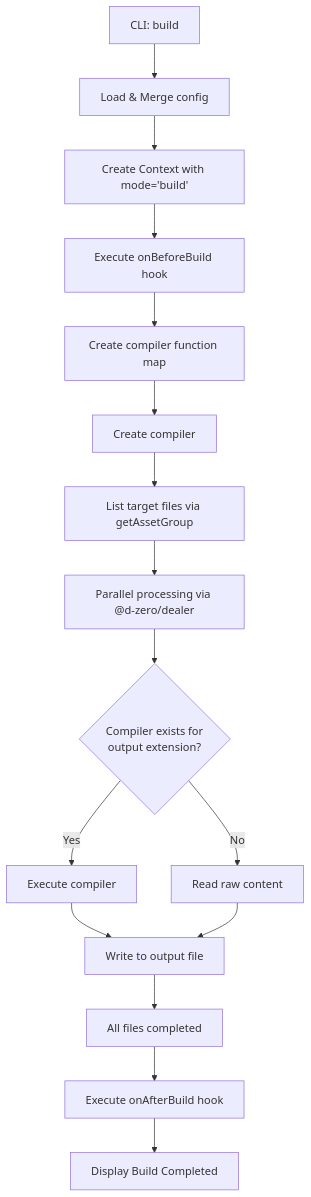
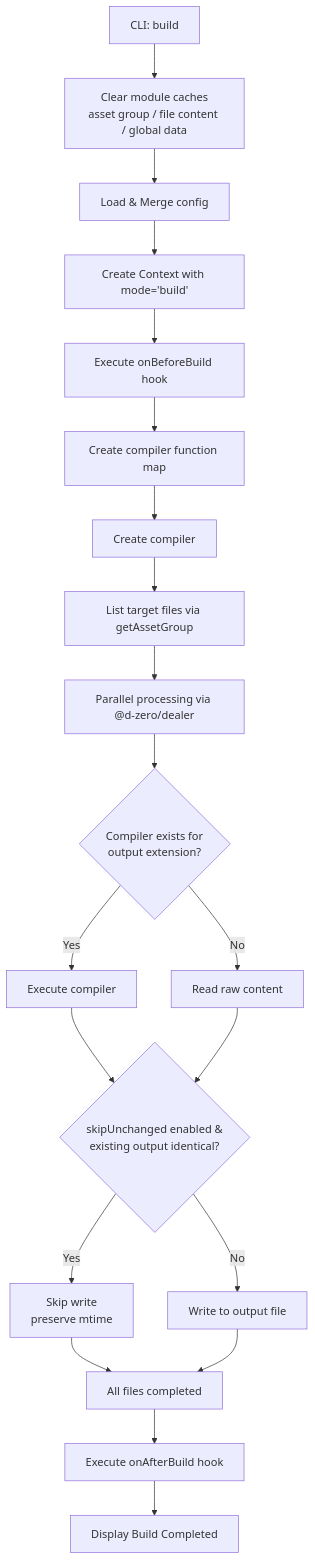
The first of 2 diagrams in packages/kamado/ARCHITECTURE.md (d-zero-dev/kamado), drawn with Mermaid before and after one commit. The commit also changed other lines of this file and 3 other files, not shown here.

First line of the commit message:
docs(kamado): document caching layers, skip-unchanged, and benchmarking

````diff
--- a/packages/kamado/ARCHITECTURE.md
+++ b/packages/kamado/ARCHITECTURE.md
@@ -173,18 +173,22 @@
 ```mermaid
 graph TD
-    A[CLI: build] --> B[Load & Merge config]
+    A[CLI: build] --> A2[Clear module caches<br>asset group / file content / global data]
+    A2 --> B[Load & Merge config]
     B --> B2[Create Context with mode='build']
     B2 --> C[Execute onBeforeBuild hook]
     C --> D[Create compiler function map]
     D --> D2[Create compiler]
     D2 --> E[List target files via getAssetGroup]
     E --> F[Parallel processing via @d-zero/dealer]
     F --> G{Compiler exists for<br>output extension?}
     G -- Yes --> H[Execute compiler]
     G -- No --> I[Read raw content]
-    H --> J[Write to output file]
+    H --> J{skipUnchanged enabled &<br>existing output identical?}
     I --> J
-    J --> K[All files completed]
+    J -- Yes --> J2[Skip write<br>preserve mtime]
+    J -- No --> J3[Write to output file]
+    J2 --> K[All files completed]
+    J3 --> K
     K --> L[Execute onAfterBuild hook]
     L --> M[Display Build Completed]
 ```
````
